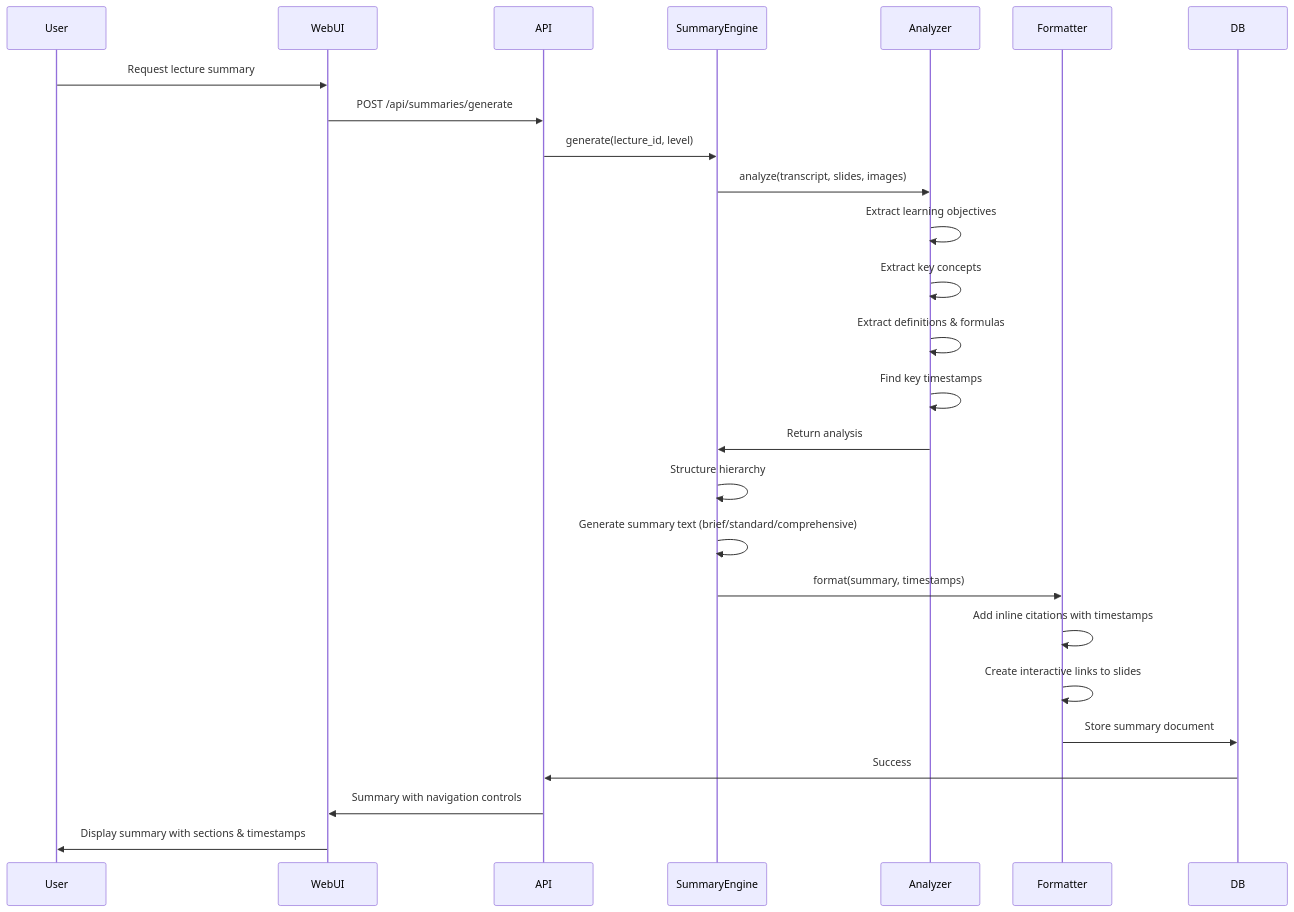
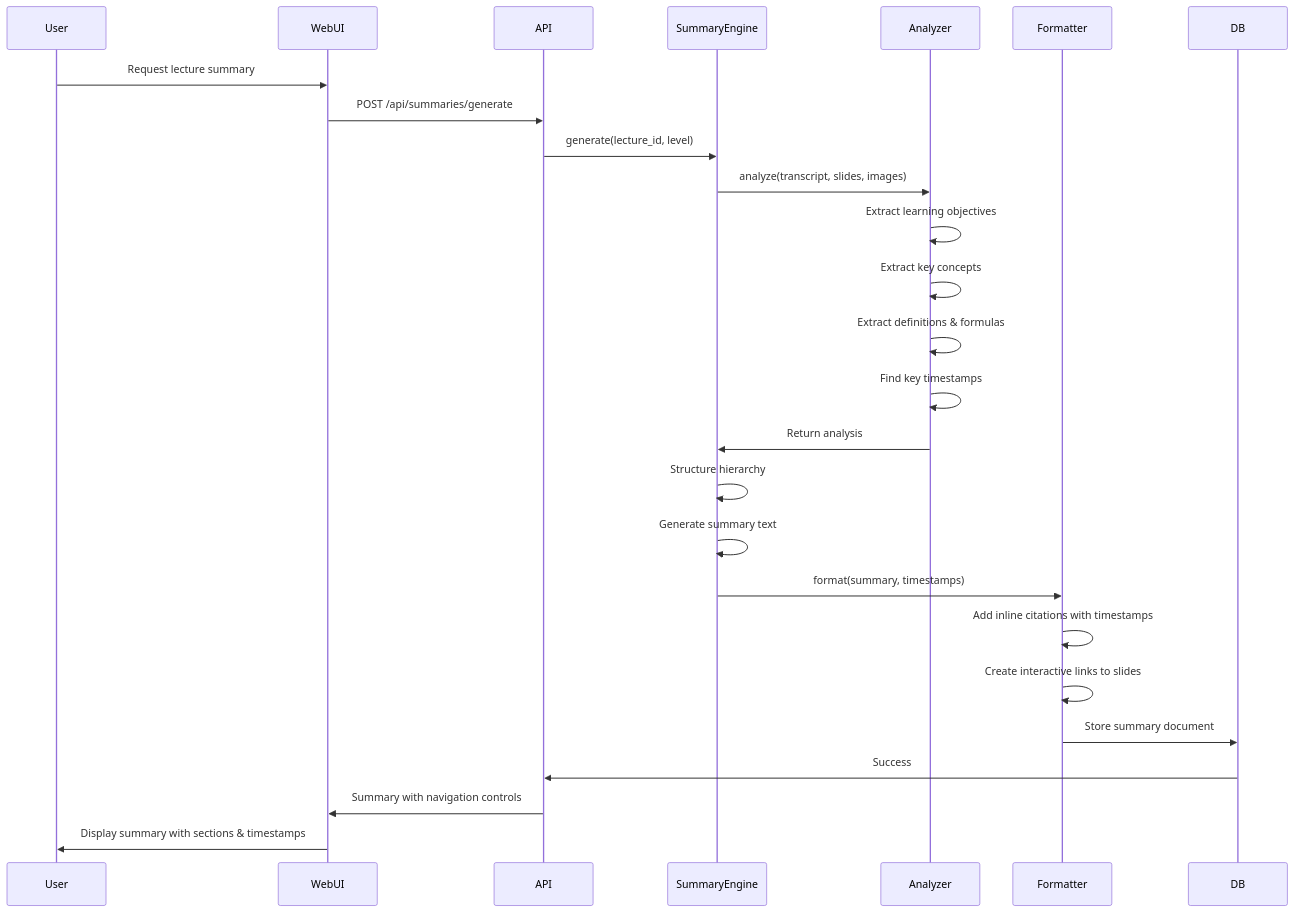
One commit to pdz1804/capstone-project changed the eighth of 13 diagrams in docs/system_modeling.md. Above: the diagram before and after it, drawn with Mermaid. The commit also changed other lines of this file and 9 other files, not shown here.

````diff
--- a/docs/system_modeling.md
+++ b/docs/system_modeling.md
@@ -452,33 +440,33 @@
 ```mermaid
 sequenceDiagram
     participant User
     participant WebUI
     participant API
     participant SummaryEngine
     participant Analyzer
     participant Formatter
     participant DB
   
     User->>WebUI: Request lecture summary
     WebUI->>API: POST /api/summaries/generate
     API->>SummaryEngine: generate(lecture_id, level)
   
     SummaryEngine->>Analyzer: analyze(transcript, slides, images)
     Analyzer->>Analyzer: Extract learning objectives
     Analyzer->>Analyzer: Extract key concepts
     Analyzer->>Analyzer: Extract definitions & formulas
     Analyzer->>Analyzer: Find key timestamps
     Analyzer->>SummaryEngine: Return analysis
   
     SummaryEngine->>SummaryEngine: Structure hierarchy
-    SummaryEngine->>SummaryEngine: Generate summary text (brief/standard/comprehensive)
+    SummaryEngine->>SummaryEngine: Generate summary text
     SummaryEngine->>Formatter: format(summary, timestamps)
   
     Formatter->>Formatter: Add inline citations with timestamps
     Formatter->>Formatter: Create interactive links to slides
     Formatter->>DB: Store summary document
   
     DB->>API: Success
     API->>WebUI: Summary with navigation controls
     WebUI->>User: Display summary with sections & timestamps
 ```
````
